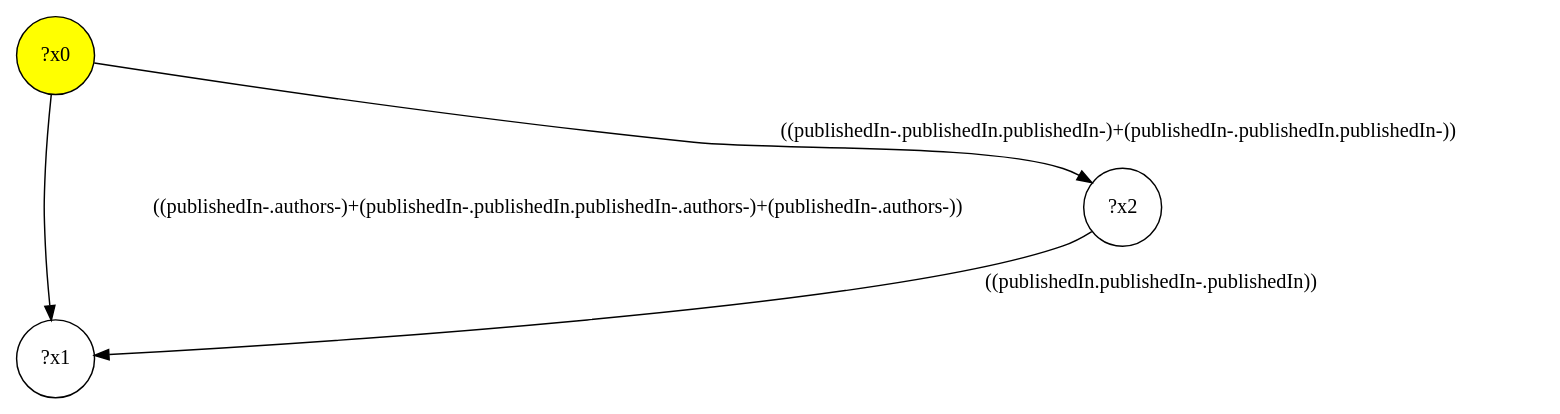
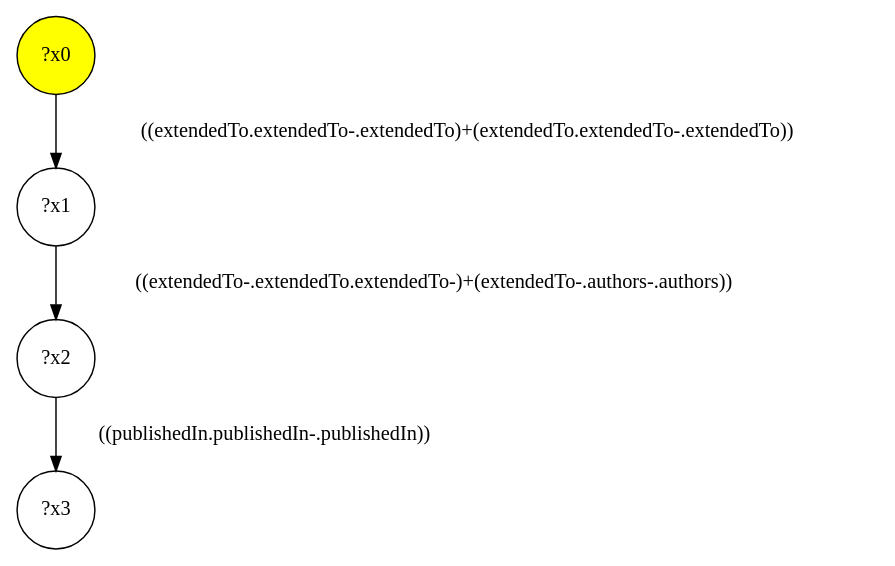
One commit to gbagan/gmark changed the diagram in src/queryinterface/interface-queries/query-43.dot. Above: the diagram before and after it, drawn with Graphviz. The commit also changed 150 other files, not shown here.

```diff
--- a/src/queryinterface/interface-queries/query-43.dot
+++ b/src/queryinterface/interface-queries/query-43.dot
@@ -1,8 +1,9 @@
 digraph g {
 	x0 [fillcolor="yellow", style="filled," shape=circle, label="?x0"];
 	x1 [shape=circle, label="?x1"];
-	x0 -> x1 [label="((publishedIn-.authors-)+(publishedIn-.publishedIn.publishedIn-.authors-)+(publishedIn-.authors-))"];
+	x0 -> x1 [label="((extendedTo.extendedTo-.extendedTo)+(extendedTo.extendedTo-.extendedTo))"];
 	x2 [shape=circle, label="?x2"];
-	x0 -> x2 [label="((publishedIn-.publishedIn.publishedIn-)+(publishedIn-.publishedIn.publishedIn-))"];
-	x2 -> x1 [label="((publishedIn.publishedIn-.publishedIn))"];
+	x1 -> x2 [label="((extendedTo-.extendedTo.extendedTo-)+(extendedTo-.authors-.authors))"];
+	x3 [shape=circle, label="?x3"];
+	x2 -> x3 [label="((publishedIn.publishedIn-.publishedIn))"];
 }
```
